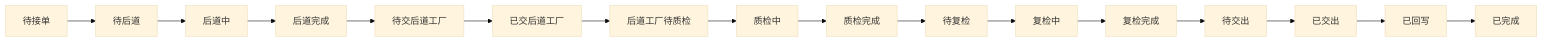
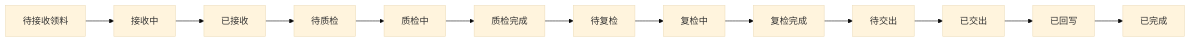
One commit to laoertongxue/higoods changed the eighth of 8 diagrams in docs/fcs-post-finishing-and-craft-tabs.md. Above: the diagram before and after it, drawn with Mermaid (base theme). The commit also changed other lines of this file and 29 other files, not shown here.

````diff
--- a/docs/fcs-post-finishing-and-craft-tabs.md
+++ b/docs/fcs-post-finishing-and-craft-tabs.md
@@ -126,18 +130,15 @@
 ```mermaid
 flowchart LR
-  A[待接单] --> B[待后道]
-  B --> C[后道中]
-  C --> D[后道完成]
-  D --> E[待交后道工厂]
-  E --> F[已交后道工厂]
-  F --> G[后道工厂待质检]
-  G --> H[质检中]
-  H --> I[质检完成]
-  I --> J[待复检]
-  J --> K[复检中]
-  K --> L[复检完成]
-  L --> M[待交出]
-  M --> N[已交出]
-  N --> O[已回写]
-  O --> P[已完成]
+  A[待接收领料] --> B[接收中]
+  B --> C[已接收]
+  C --> D[待质检]
+  D --> E[质检中]
+  E --> F[质检完成]
+  F --> G[待复检]
+  G --> H[复检中]
+  H --> I[复检完成]
+  I --> J[待交出]
+  J --> K[已交出]
+  K --> L[已回写]
+  L --> M[已完成]
 ```
````
